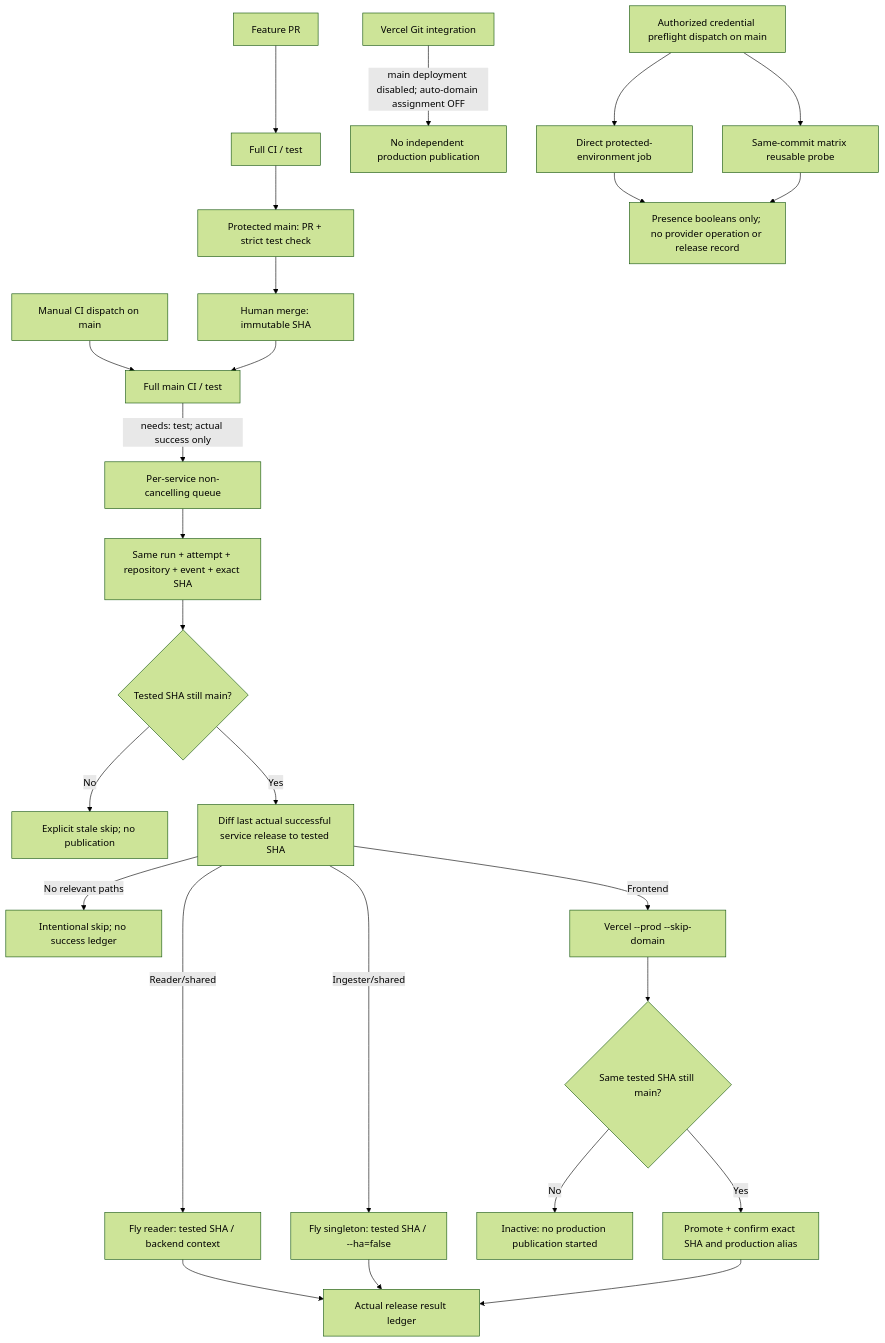
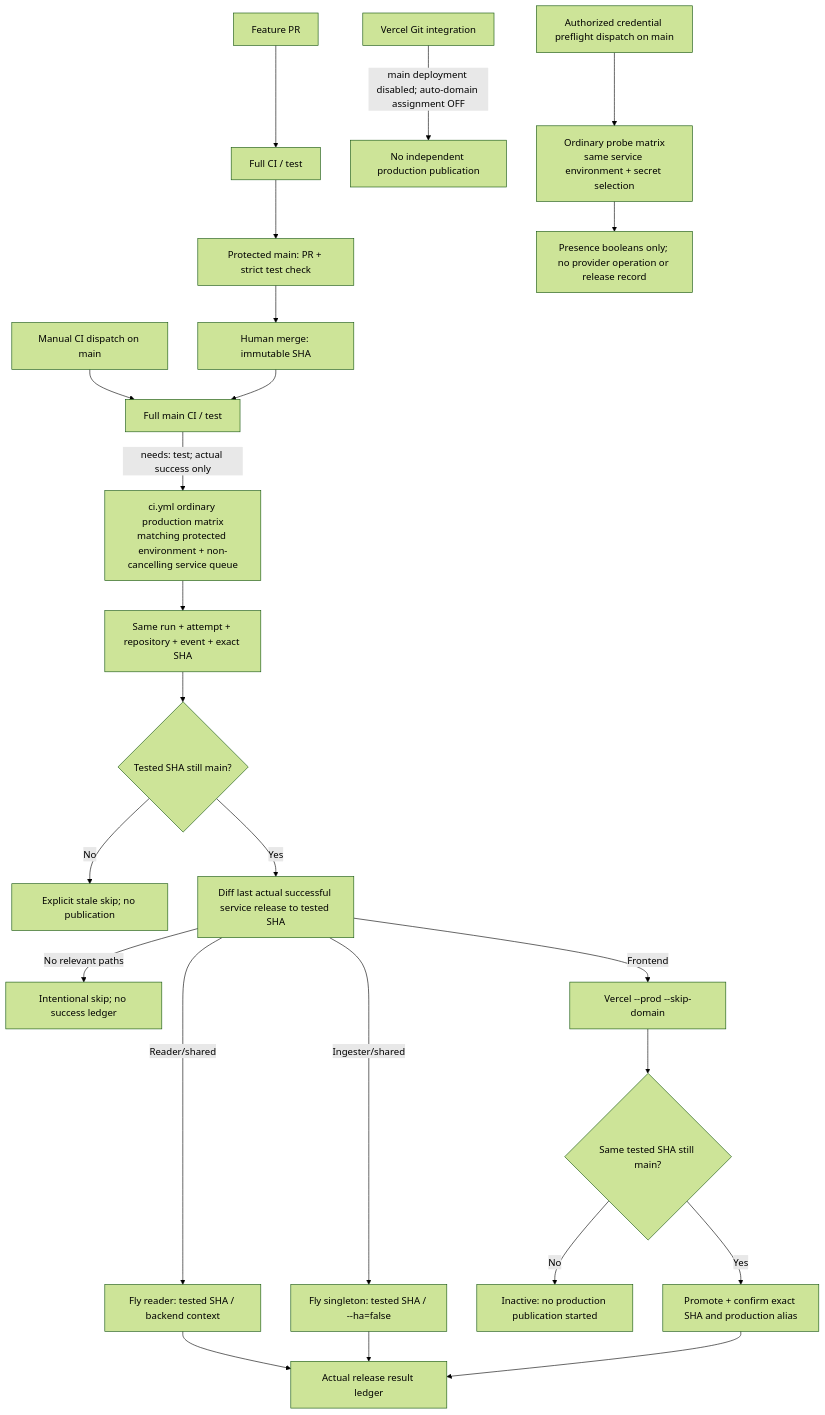
Before and after one commit to mcasillas17/ScoreArc: the fourth of 4 diagrams in docs/backend/ARCHITECTURE.md, drawn with Mermaid (forest theme). The commit also changed other lines of this file and 13 other files, not shown here.

First line of the commit message:
fix: bind production releases to protected CI jobs (#161)

````diff
--- a/docs/backend/ARCHITECTURE.md
+++ b/docs/backend/ARCHITECTURE.md
@@ -637,29 +637,27 @@
 ```mermaid
 flowchart TD
   PR["Feature PR"] --> PRCI["Full CI / test"]
   PRCI --> Protection["Protected main: PR + strict test check"]
   Protection --> Merge["Human merge: immutable SHA"]
   Manual["Manual CI dispatch on main"] --> MainCI
   Merge --> MainCI["Full main CI / test"]
   MainCI -->|"needs: test; actual success only"| Queue
   Eligibility["Same run + attempt + repository + event + exact SHA"]
-  Queue["Per-service non-cancelling queue"] --> Eligibility
+  Queue["ci.yml ordinary production matrix<br/>matching protected environment + non-cancelling service queue"] --> Eligibility
   Eligibility --> Head{"Tested SHA still main?"}
   Head -->|"No"| Skip["Explicit stale skip; no publication"]
   Head -->|"Yes"| Paths["Diff last actual successful service release to tested SHA"]
   Paths -->|"No relevant paths"| Unchanged["Intentional skip; no success ledger"]
   Paths -->|"Reader/shared"| ReaderRelease["Fly reader: tested SHA / backend context"]
   Paths -->|"Ingester/shared"| IngesterRelease["Fly singleton: tested SHA / --ha=false"]
   Paths -->|"Frontend"| Stage["Vercel --prod --skip-domain"]
   Stage --> Recheck{"Same tested SHA still main?"}
   Recheck -->|"No"| Inert["Inactive: no production publication started"]
   Recheck -->|"Yes"| Promote["Promote + confirm exact SHA and production alias"]
   ReaderRelease --> Ledger["Actual release result ledger"]
   IngesterRelease --> Ledger
   Promote --> Ledger
   Git["Vercel Git integration"] -->|"main deployment disabled; auto-domain assignment OFF"| NoBypass["No independent production publication"]
-  Diagnostic["Authorized credential preflight dispatch on main"] --> DirectProbe["Direct protected-environment job"]
-  Diagnostic --> ReusableProbe["Same-commit matrix reusable probe"]
+  Diagnostic["Authorized credential preflight dispatch on main"] --> DirectProbe["Ordinary probe matrix<br/>same service environment + secret selection"]
   DirectProbe --> Presence["Presence booleans only; no provider operation or release record"]
-  ReusableProbe --> Presence
 ```
````
